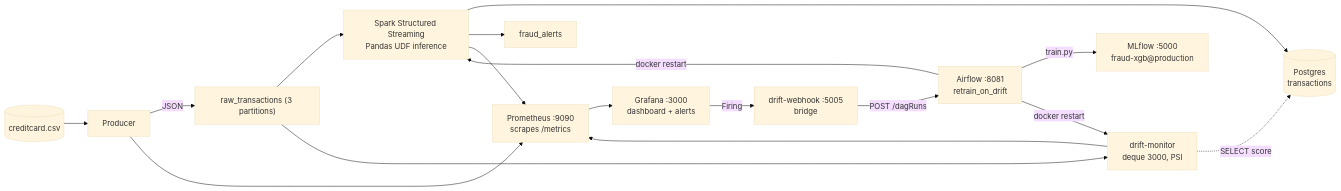
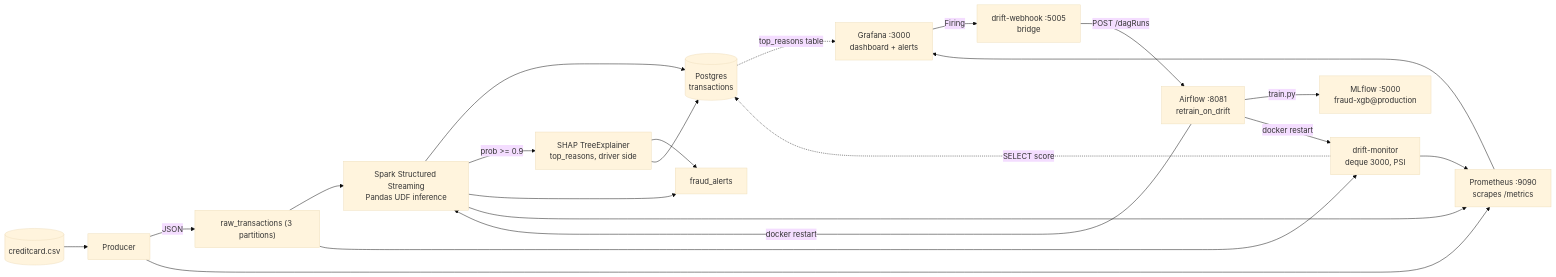
The diagram in README.md (Yham10/Real-Time-Bank-Fraud-Detection-Platform), drawn with Mermaid (base theme) before and after one commit. The commit also changed other lines of this file and 2 other files, not shown here.

Commit message:
feat(monitoring): add SHAP panels to Grafana dashboard and update docs

````diff
--- a/README.md
+++ b/README.md
@@ -9,19 +9,23 @@
 ```mermaid
 flowchart LR
   CSV[("creditcard.csv")] --> Producer
   Producer -- "JSON" --> KafkaRaw["raw_transactions (3 partitions)"]
   KafkaRaw --> Spark["Spark Structured Streaming<br/>Pandas UDF inference"]
   KafkaRaw --> Drift["drift-monitor<br/>deque 3000, PSI"]
   Spark --> PG[("Postgres<br/>transactions")]
+  Spark -- "prob >= 0.9" --> SHAP["SHAP TreeExplainer<br/>top_reasons, driver side"]
+  SHAP --> KafkaAlert
+  SHAP --> PG
   Spark --> KafkaAlert["fraud_alerts"]
   Spark --> Prom
   Producer --> Prom
   Drift --> Prom
   Drift -.->|"SELECT score"| PG
   Prom["Prometheus :9090<br/>scrapes /metrics"] --> Grafana["Grafana :3000<br/>dashboard + alerts"]
+  PG -.->|"top_reasons table"| Grafana
   Grafana -- "Firing" --> Webhook["drift-webhook :5005<br/>bridge"]
   Webhook -- "POST /dagRuns" --> Airflow["Airflow :8081<br/>retrain_on_drift"]
   Airflow -- "train.py" --> MLflow["MLflow :5000<br/>fraud-xgb@production"]
   Airflow -- "docker restart" --> Spark
   Airflow -- "docker restart" --> Drift
 ```
````
